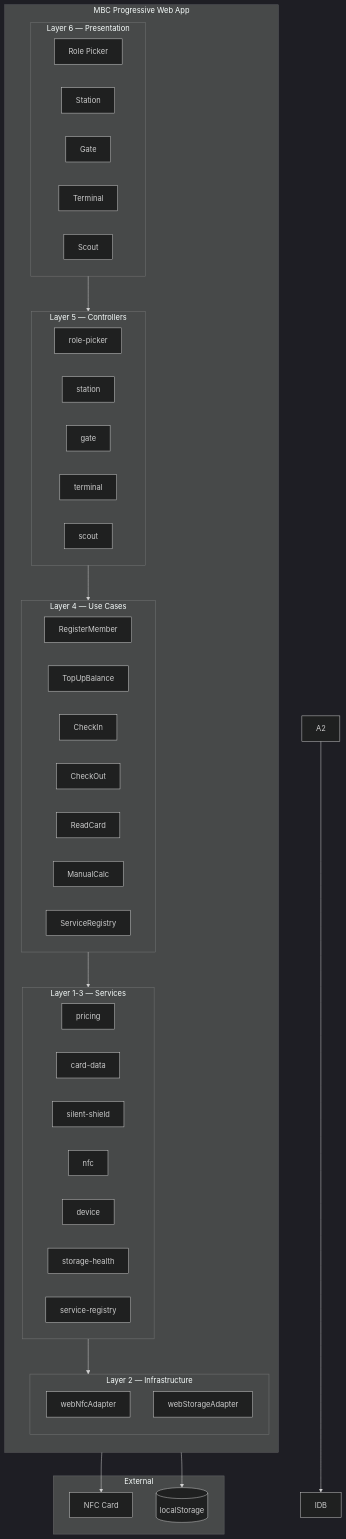
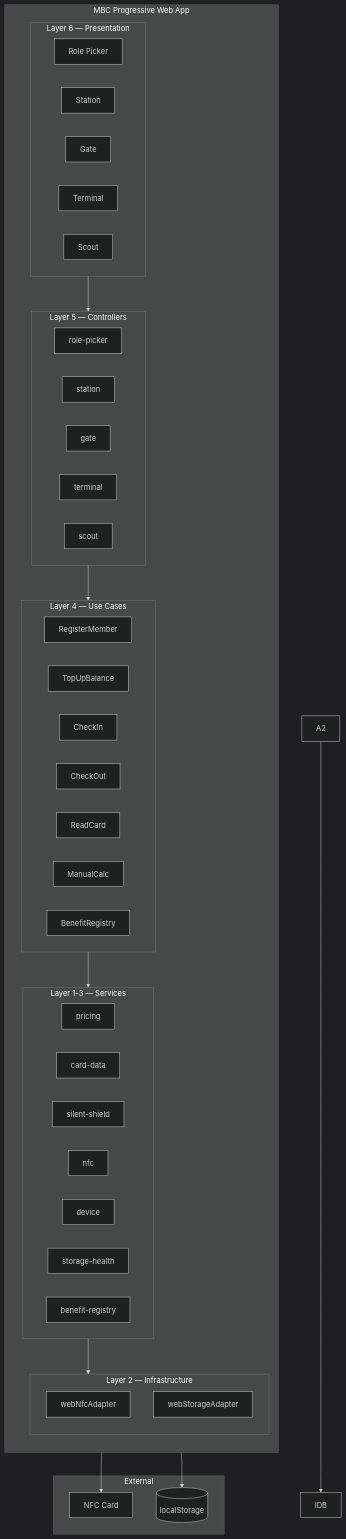
One commit to widdestoyud/assesment-s1-2026 changed the diagram in docs/wiki/Home.md. Above: the diagram before and after it, drawn with Mermaid (dark theme). The commit also changed other lines of this file and 31 other files, not shown here.

First line of the commit message:
docs(mbc): Update all documentation for ServiceType to BenefitType rename

````diff
--- a/docs/wiki/Home.md
+++ b/docs/wiki/Home.md
@@ -13,59 +13,59 @@
 ```mermaid
 graph TB
     subgraph PWA["MBC Progressive Web App"]
         direction TB
         subgraph Presentation["Layer 6 — Presentation"]
             RP[Role Picker]
             ST[Station]
             GT[Gate]
             TM[Terminal]
             SC[Scout]
         end
 
         subgraph Controllers["Layer 5 — Controllers"]
             C1[role-picker]
             C2[station]
             C3[gate]
             C4[terminal]
             C5[scout]
         end
 
         subgraph UseCases["Layer 4 — Use Cases"]
             UC1[RegisterMember]
             UC2[TopUpBalance]
             UC3[CheckIn]
             UC4[CheckOut]
             UC5[ReadCard]
             UC6[ManualCalc]
-            UC7[ServiceRegistry]
+            UC7[BenefitRegistry]
         end
 
         subgraph Services["Layer 1-3 — Services"]
             S1[pricing]
             S2[card-data]
             S3[silent-shield]
             S4[nfc]
             S5[device]
             S6[storage-health]
-            S7[service-registry]
+            S7[benefit-registry]
         end
 
         subgraph Infra["Layer 2 — Infrastructure"]
             A1[webNfcAdapter]
             A3[webStorageAdapter]
         end
     end
 
     subgraph External["External"]
         NFC[NFC Card]
         LS[(localStorage)]
     end
 
     Presentation --> Controllers
     Controllers --> UseCases
     UseCases --> Services
     Services --> Infra
     A1 --> NFC
     A2 --> IDB
     A3 --> LS
 ```
````
